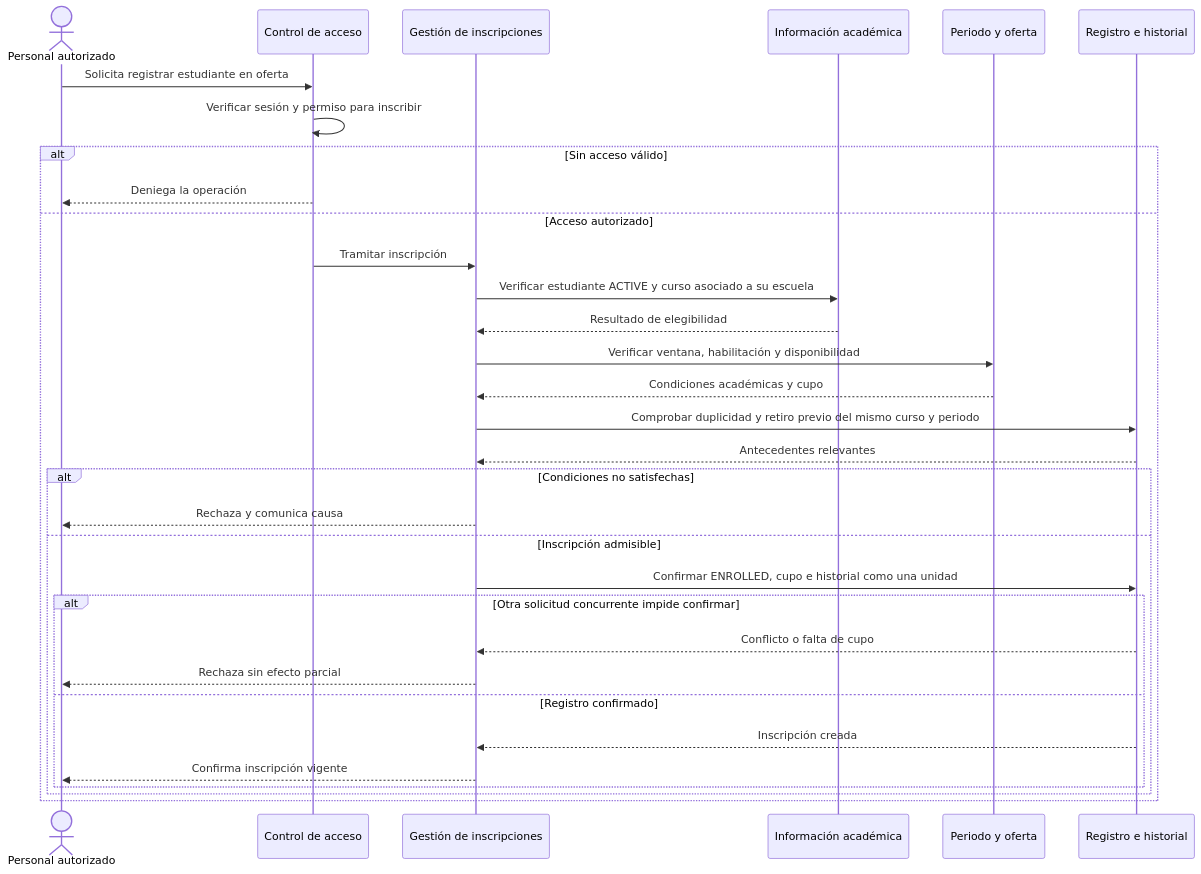
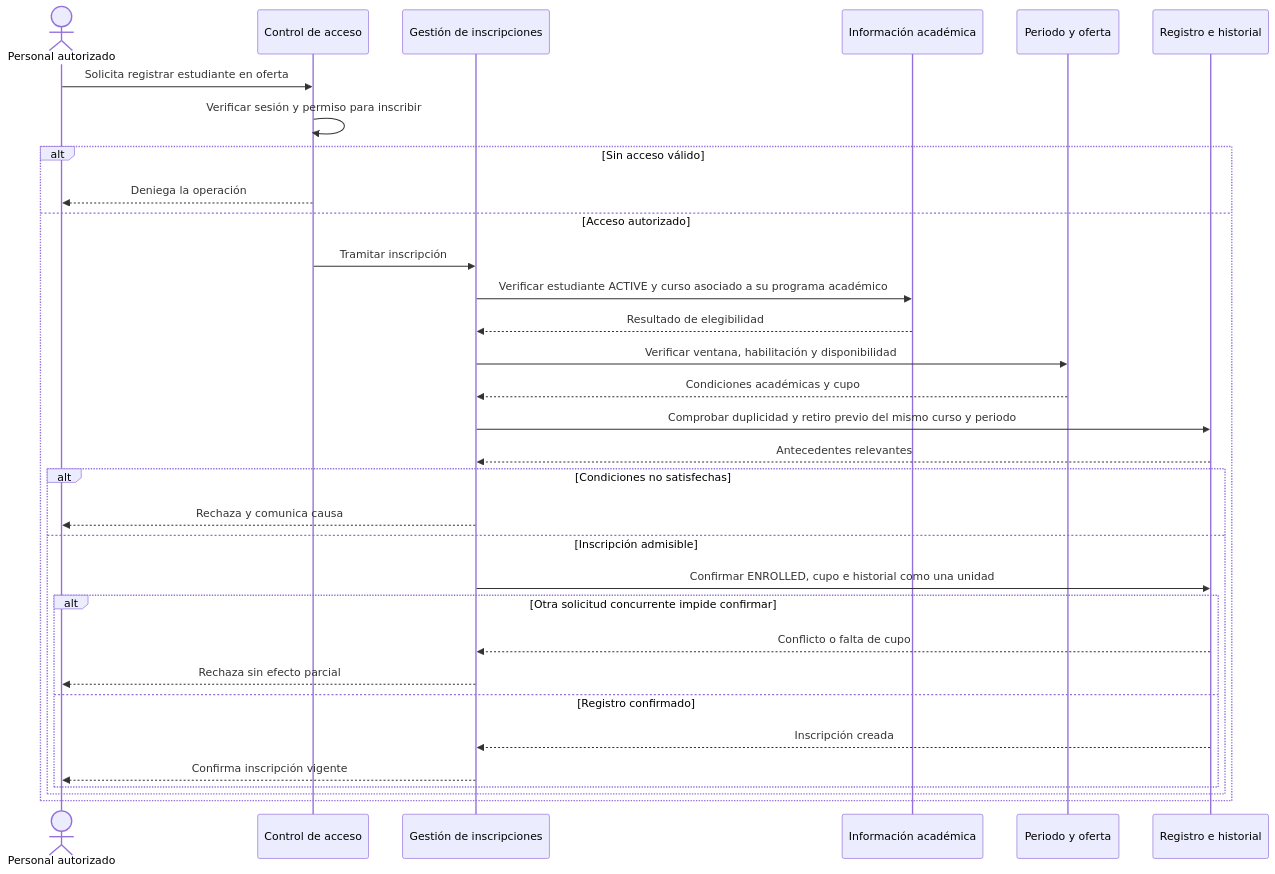
One commit to EderPanta18/academic-management-api changed the first of 7 diagrams in docs/04-analysis/04-interaction-sequences.md. Above: the diagram before and after it, drawn with Mermaid. The commit also changed other lines of this file and 22 other files, not shown here.

````diff
--- a/docs/04-analysis/04-interaction-sequences.md
+++ b/docs/04-analysis/04-interaction-sequences.md
@@ -9,35 +9,35 @@
 ```mermaid
 sequenceDiagram
     actor Operador as Personal autorizado
     participant Acceso as Control de acceso
     participant Gestion as Gestión de inscripciones
     participant Academia as Información académica
     participant Oferta as Periodo y oferta
     participant Registro as Registro e historial
 
     Operador->>Acceso: Solicita registrar estudiante en oferta
     Acceso->>Acceso: Verificar sesión y permiso para inscribir
     alt Sin acceso válido
         Acceso-->>Operador: Deniega la operación
     else Acceso autorizado
         Acceso->>Gestion: Tramitar inscripción
-        Gestion->>Academia: Verificar estudiante ACTIVE y curso asociado a su escuela
+        Gestion->>Academia: Verificar estudiante ACTIVE y curso asociado a su programa académico
         Academia-->>Gestion: Resultado de elegibilidad
         Gestion->>Oferta: Verificar ventana, habilitación y disponibilidad
         Oferta-->>Gestion: Condiciones académicas y cupo
         Gestion->>Registro: Comprobar duplicidad y retiro previo del mismo curso y periodo
         Registro-->>Gestion: Antecedentes relevantes
         alt Condiciones no satisfechas
             Gestion-->>Operador: Rechaza y comunica causa
         else Inscripción admisible
             Gestion->>Registro: Confirmar ENROLLED, cupo e historial como una unidad
             alt Otra solicitud concurrente impide confirmar
                 Registro-->>Gestion: Conflicto o falta de cupo
                 Gestion-->>Operador: Rechaza sin efecto parcial
             else Registro confirmado
                 Registro-->>Gestion: Inscripción creada
                 Gestion-->>Operador: Confirma inscripción vigente
             end
         end
     end
 ```
````
